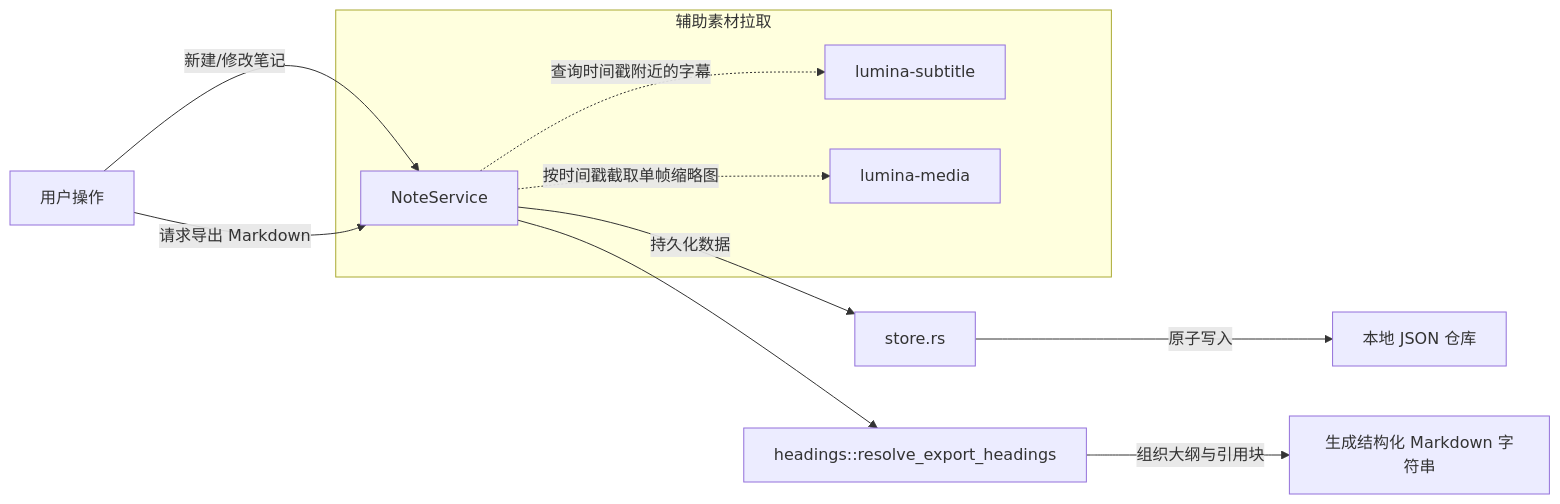
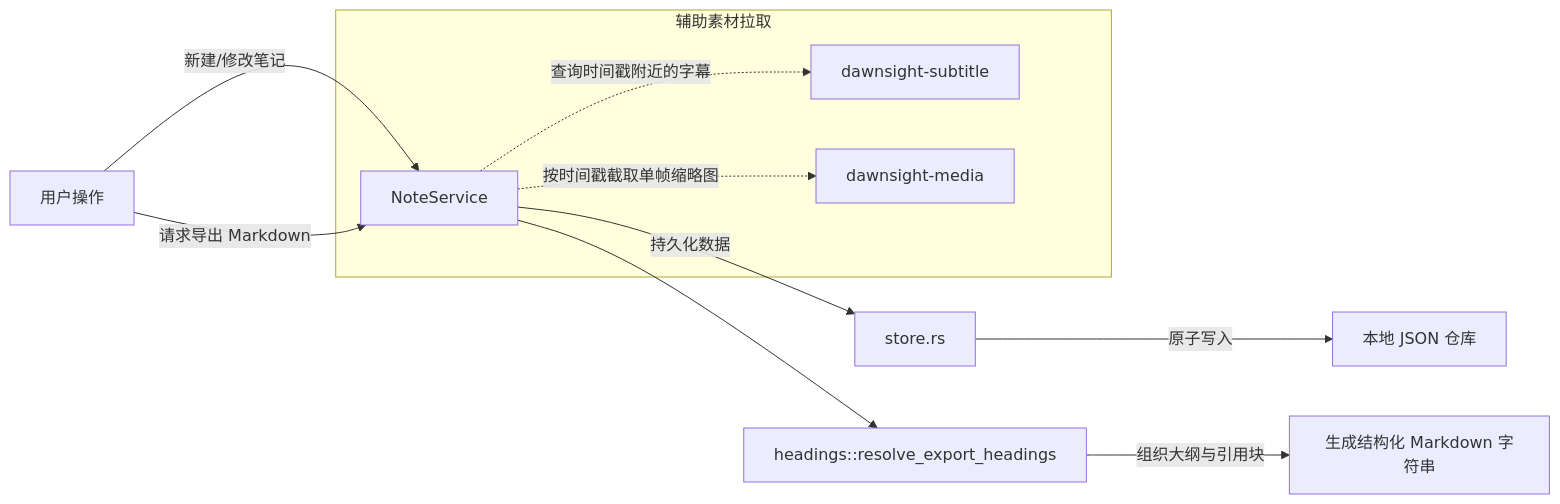
Before and after one commit to yitom486/dawnsight: the diagram in crates/dawnsight-notes/src/README.md, drawn with Mermaid. The commit also changed other lines of this file and 139 other files, not shown here.

First line of the commit message:
chore(rename): lumina to dawnsight across tree

````diff
--- a/crates/dawnsight-notes/src/README.md
+++ b/crates/dawnsight-notes/src/README.md
@@ -112,16 +112,16 @@
 ```mermaid
 flowchart LR
     User[用户操作] -->|新建/修改笔记| Svc[NoteService]
 
     subgraph 辅助素材拉取
-        Svc -.->|查询时间戳附近的字幕| Sub[lumina-subtitle]
-        Svc -.->|按时间戳截取单帧缩略图| Med[lumina-media]
+        Svc -.->|查询时间戳附近的字幕| Sub[dawnsight-subtitle]
+        Svc -.->|按时间戳截取单帧缩略图| Med[dawnsight-media]
     end
 
     Svc -->|持久化数据| Store[store.rs]
     Store -->|原子写入| Disk[本地 JSON 仓库]
 
     User -->|请求导出 Markdown| Svc
     Svc --> Headings[headings::resolve_export_headings]
     Headings -->|组织大纲与引用块| MD[生成结构化 Markdown 字符串]
 ```
````
